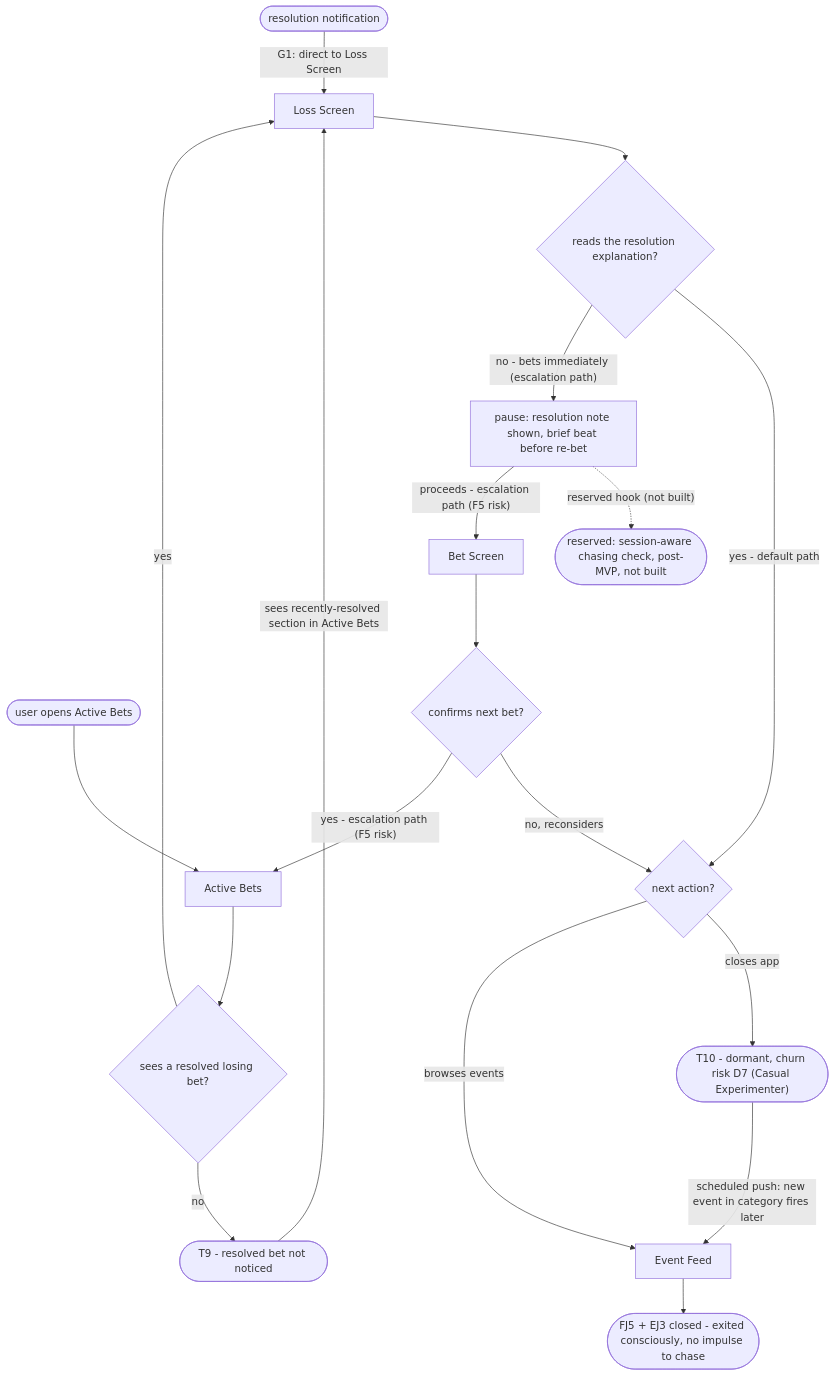
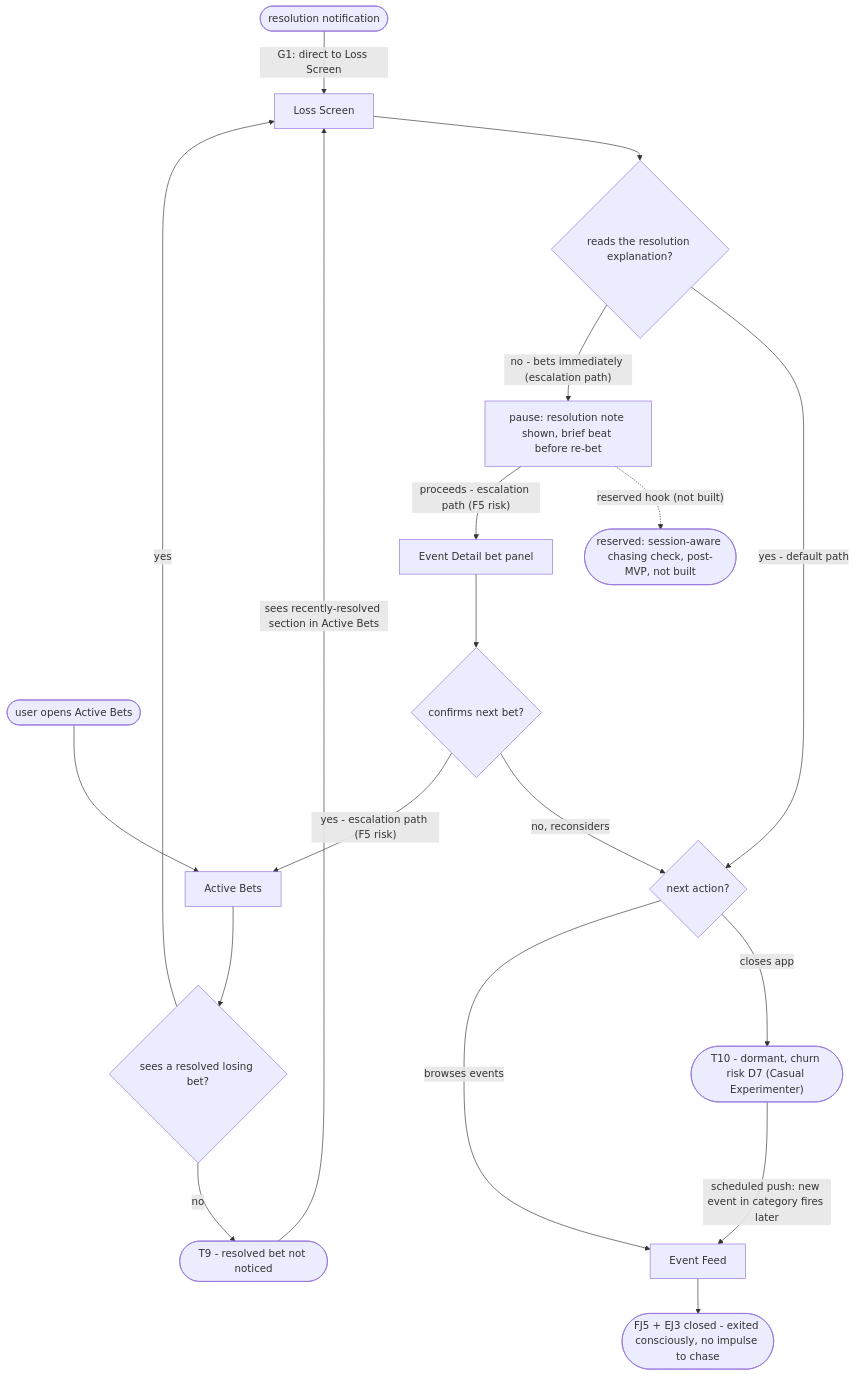
One commit to sergiodesign4u-dot/predict-market changed the third of 4 diagrams in IA/flows.md. Above: the diagram before and after it, drawn with Mermaid. The commit also changed other lines of this file, not shown here.

First line of the commit message:
Sync flows.md with the wireframe build pass (inline bet panel, gate dialogs)

````diff
--- a/IA/flows.md
+++ b/IA/flows.md
@@ -154,37 +156,37 @@
 ```mermaid
 flowchart TD
     nextAction{"next action?"}
 
     %% Path A: G1 - resolution notification routes directly to Loss Screen (fast path)
     %% Loss Screen is otherwise 4 taps deep; G1 cuts this so the resolution note reaches the user before the impulse to chase.
     triggerNotif(["resolution notification"])
     triggerNotif -->|"G1: direct to Loss Screen"| LS["Loss Screen"]
 
     %% Path B: manual - user opens Active Bets, finds the resolved item
     triggerManual(["user opens Active Bets"])
     triggerManual --> AB["Active Bets"]
     AB --> seesResolved{"sees a resolved losing bet?"}
     seesResolved -->|"no"| T9(["T9 - resolved bet not noticed"])
     T9 -->|"sees recently-resolved section in Active Bets"| LS
     seesResolved -->|"yes"| LS
 
     LS --> readsNote{"reads the resolution explanation?"}
 
     %% Default beat: resolution note is read first, then next action
     readsNote -->|"yes - default path"| nextAction
 
     %% Escalation path: user skips note and bets immediately - routes through friction node
     readsNote -->|"no - bets immediately (escalation path)"| pause["pause: resolution note shown, brief beat before re-bet"]
     sessionHook(["reserved: session-aware chasing check, post-MVP, not built"])
     pause -.->|"reserved hook (not built)"| sessionHook
-    pause -->|"proceeds - escalation path (F5 risk)"| BS["Bet Screen"]
+    pause -->|"proceeds - escalation path (F5 risk)"| BS["Event Detail bet panel"]
     BS --> escalationConfirm{"confirms next bet?"}
     escalationConfirm -->|"no, reconsiders"| nextAction
     escalationConfirm -->|"yes - escalation path (F5 risk)"| AB
 
     nextAction -->|"closes app"| T10(["T10 - dormant, churn risk D7 (Casual Experimenter)"])
     T10 -->|"scheduled push: new event in category fires later"| EF["Event Feed"]
     nextAction -->|"browses events"| EF
 
     EF --> fj5Done(["FJ5 + EJ3 closed - exited consciously, no impulse to chase"])
 ```
````
